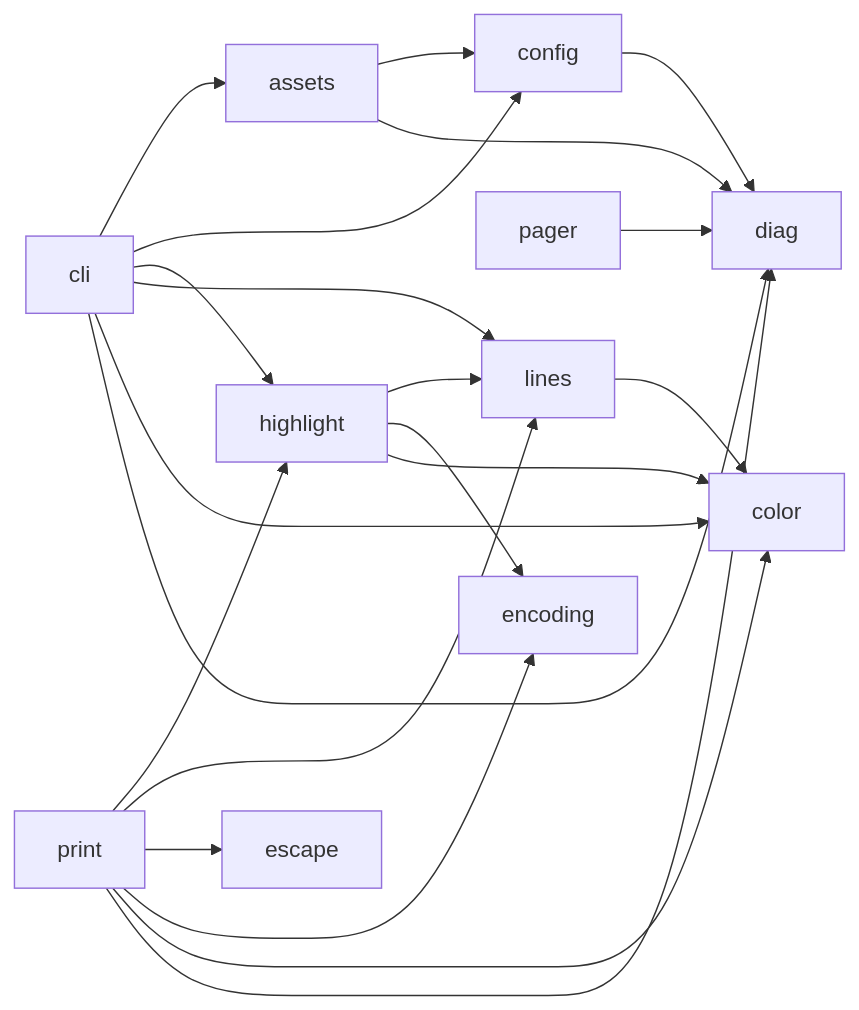
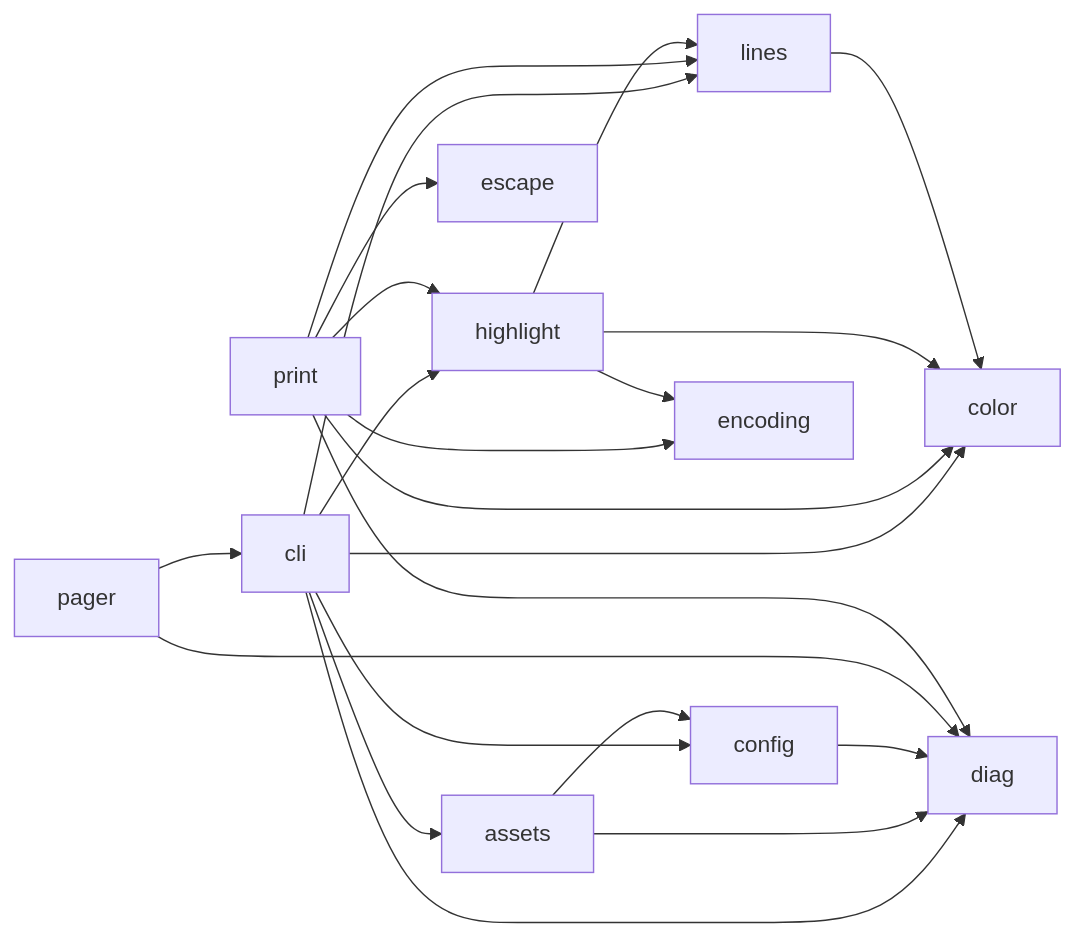
One commit to codemajin/hl changed the second of 4 diagrams in docs/DESIGN.md. Above: the diagram before and after it, drawn with Mermaid. The commit also changed other lines of this file and 15 other files, not shown here.

````diff
--- a/docs/DESIGN.md
+++ b/docs/DESIGN.md
@@ -53,23 +52,24 @@
 ```mermaid
 flowchart LR
     cli --> assets
     cli --> config
     cli --> highlight
     cli --> lines
     cli --> color
     cli --> diag
     assets --> config
     assets --> diag
     config --> diag
+    pager --> cli
     pager --> diag
     print --> highlight
     print --> lines
     print --> escape
     print --> encoding
     print --> color
     print --> diag
     highlight --> lines
     highlight --> encoding
     highlight --> color
     lines --> color
 ```
````
